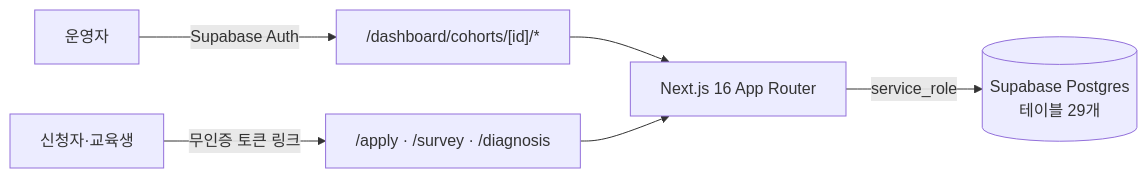
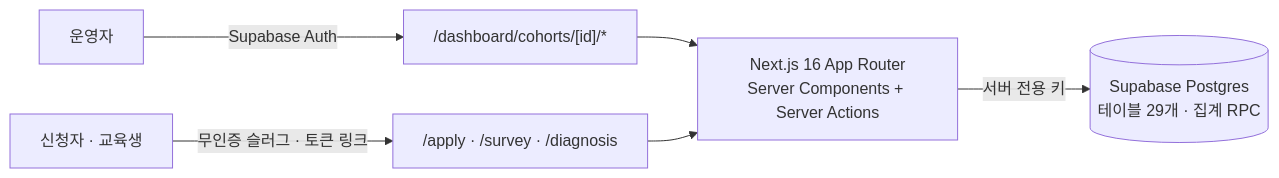
The diagram in README.md (SSEUNGSSEUNGWOO/ems-casestudy), drawn with Mermaid before and after one commit. The commit also changed other lines of this file and 2 other files, not shown here.

````diff
--- a/README.md
+++ b/README.md
@@ -33,8 +50,8 @@
 ```mermaid
 flowchart LR
   OP[운영자] -->|Supabase Auth| DASH["/dashboard/cohorts/[id]/*"]
-  ST[신청자·교육생] -->|무인증 토큰 링크| PUB["/apply · /survey · /diagnosis"]
-  DASH --> NX[Next.js 16 App Router]
+  ST[신청자 · 교육생] -->|무인증 슬러그 · 토큰 링크| PUB["/apply · /survey · /diagnosis"]
+  DASH --> NX[Next.js 16 App Router<br/>Server Components + Server Actions]
   PUB --> NX
-  NX -->|service_role| DB[(Supabase Postgres<br/>테이블 29개)]
+  NX -->|서버 전용 키| DB[(Supabase Postgres<br/>테이블 29개 · 집계 RPC)]
 ```
````
